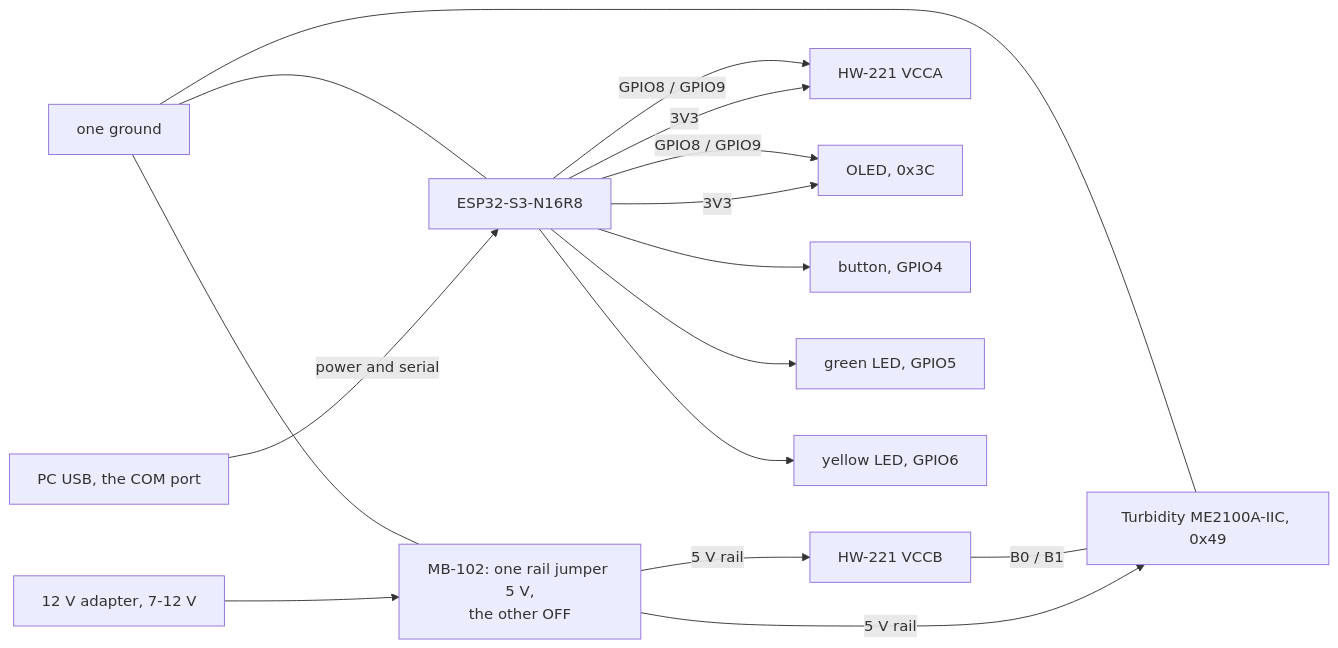
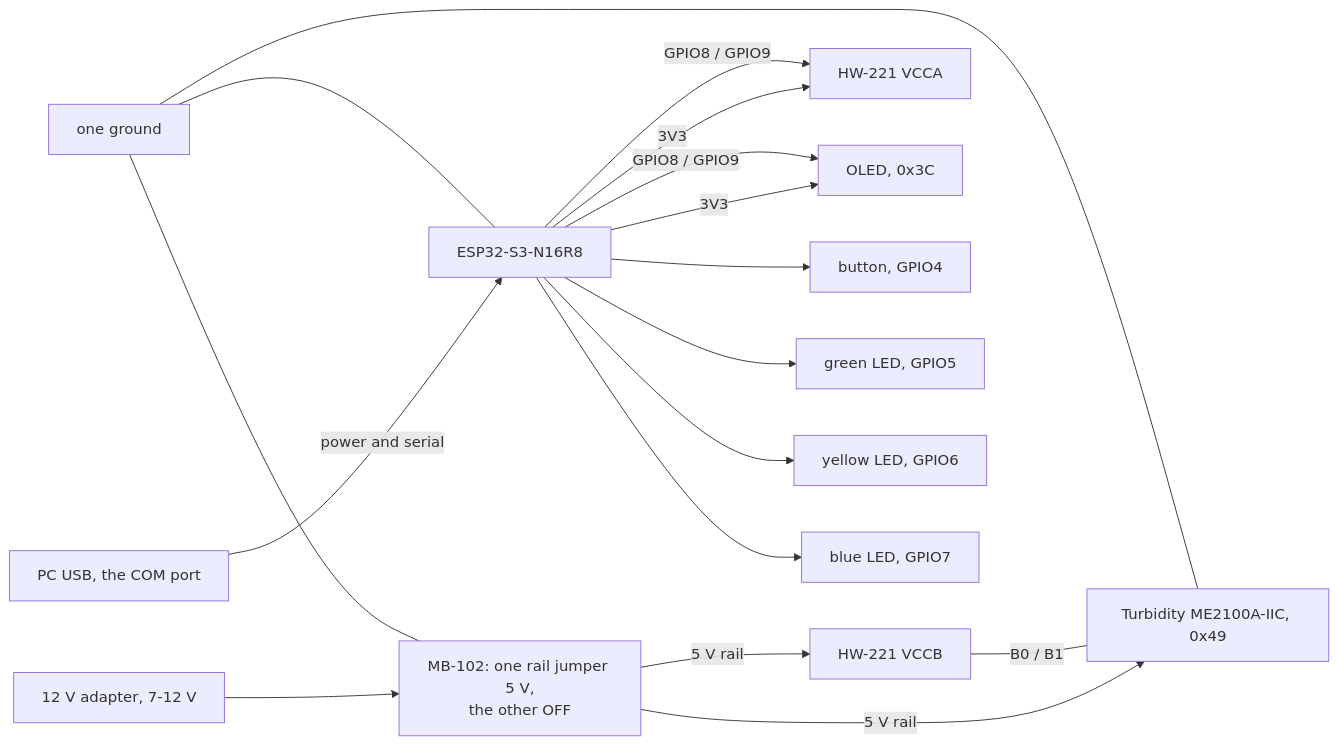
The diagram in docs/procurement-en.md (FrozenYty/aquavision), drawn with Mermaid before and after one commit. The commit also changed other lines of this file and 12 other files, not shown here.

````diff
--- a/docs/procurement-en.md
+++ b/docs/procurement-en.md
@@ -110,18 +112,19 @@
 ```mermaid
 flowchart LR
   DC["12 V adapter, 7-12 V"] --> MB["MB-102: one rail jumper 5 V,<br/>the other OFF"]
   MB -->|"5 V rail"| S["Turbidity ME2100A-IIC, 0x49"]
   MB -->|"5 V rail"| HV["HW-221 VCCB"]
   HV ---|"B0 / B1"| S
   PC["PC USB, the COM port"] -->|"power and serial"| ESP["ESP32-S3-N16R8"]
   ESP -->|"3V3"| LV["HW-221 VCCA"]
   ESP -->|"3V3"| OLED["OLED, 0x3C"]
   ESP -->|"GPIO8 / GPIO9"| LV
   ESP -->|"GPIO8 / GPIO9"| OLED
   ESP --> B["button, GPIO4"]
   ESP --> L1["green LED, GPIO5"]
   ESP --> L2["yellow LED, GPIO6"]
+  ESP --> L3["blue LED, GPIO7"]
   GND["one ground"] --- MB
   GND --- ESP
   GND --- S
 ```
````
